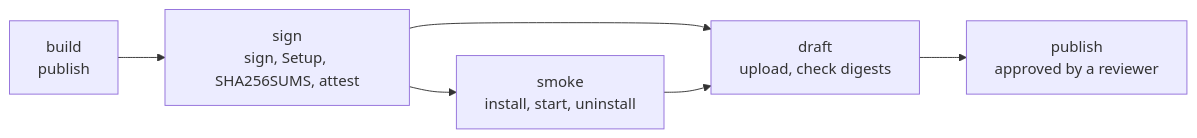
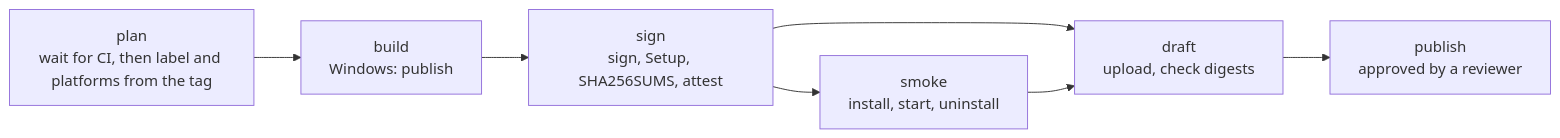
The diagram in .docs/releasing.md (Albadit/DnnManager.NET), drawn with Mermaid before and after one commit. The commit also changed other lines of this file and 25 other files, not shown here.

````diff
--- a/.docs/releasing.md
+++ b/.docs/releasing.md
@@ -176,8 +205,9 @@
 ```mermaid
 flowchart LR
-    build["build<br/>publish"] --> sign["sign<br/>sign, Setup, SHA256SUMS, attest"]
+    plan["plan<br/>wait for CI, then label and platforms from the tag"] --> build["build<br/>Windows: publish"]
+    build --> sign["sign<br/>sign, Setup, SHA256SUMS, attest"]
     sign --> smoke["smoke<br/>install, start, uninstall"]
     sign --> draft["draft<br/>upload, check digests"]
     smoke --> draft
     draft --> publish["publish<br/>approved by a reviewer"]
 ```
````
